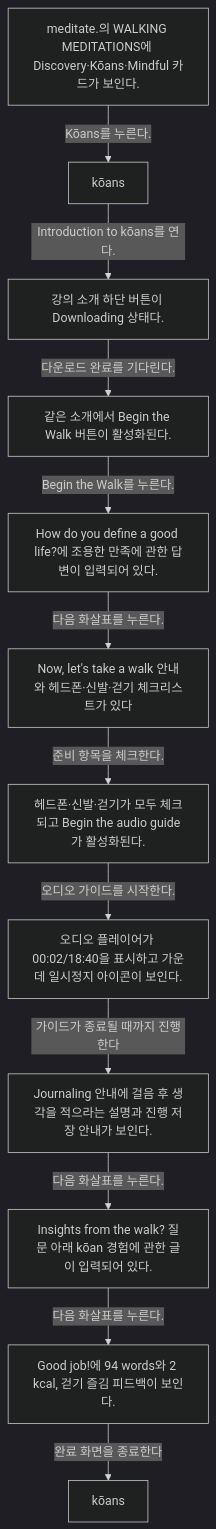
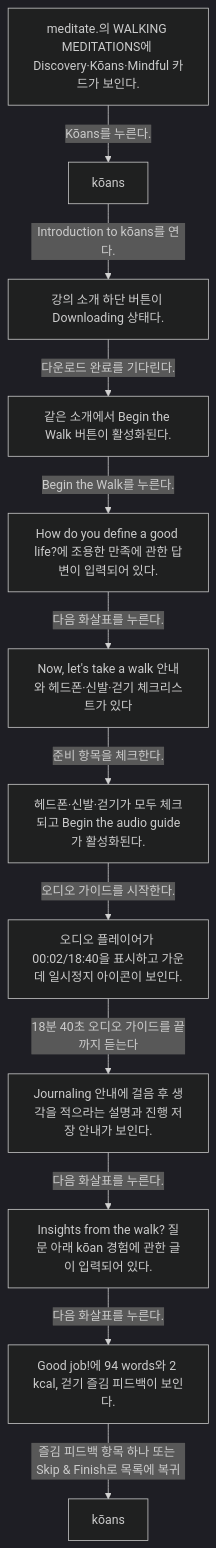
One commit to Dev-Corgi/Stoic-Build-Clone-Test changed the diagram in docs/Stoic/flows/completing-an-exercise-walking-meditation-from-meditate-39c34c63/README.md. Above: the diagram before and after it, drawn with Mermaid (dark theme). The commit also changed other lines of this file and 23 other files, not shown here.

Commit message:
docs: verify Stoic flows with user-confirmed transitions

````diff
--- a/docs/Stoic/flows/completing-an-exercise-walking-meditation-from-meditate-39c34c63/README.md
+++ b/docs/Stoic/flows/completing-an-exercise-walking-meditation-from-meditate-39c34c63/README.md
@@ -8,26 +8,26 @@
 ```mermaid
 flowchart TD
   S1["meditate.의 WALKING MEDITATIONS에 Discovery·Kōans·Mindful 카드가 보인다."]
   S1 -->|Kōans를 누른다.| S2
   S2["kōans"]
   S2 -->|Introduction to kōans를 연다.| S3
   S3["강의 소개 하단 버튼이 Downloading 상태다."]
   S3 -->|다운로드 완료를 기다린다.| S4
   S4["같은 소개에서 Begin the Walk 버튼이 활성화된다."]
   S4 -->|Begin the Walk를 누른다.| S5
   S5["How do you define a good life?에 조용한 만족에 관한 답변이 입력되어 있다."]
   S5 -->|다음 화살표를 누른다.| S6
   S6["Now, let's take a walk 안내와 헤드폰·신발·걷기 체크리스트가 있다"]
   S6 -->|준비 항목을 체크한다.| S7
   S7["헤드폰·신발·걷기가 모두 체크되고 Begin the audio guide가 활성화된다."]
   S7 -->|오디오 가이드를 시작한다.| S8
   S8["오디오 플레이어가 00:02/18:40을 표시하고 가운데 일시정지 아이콘이 보인다."]
-  S8 -->|가이드가 종료될 때까지 진행한다| S9
+  S8 -->|18분 40초 오디오 가이드를 끝까지 듣는다| S9
   S9["Journaling 안내에 걸음 후 생각을 적으라는 설명과 진행 저장 안내가 보인다."]
   S9 -->|다음 화살표를 누른다.| S10
   S10["Insights from the walk? 질문 아래 kōan 경험에 관한 글이 입력되어 있다."]
   S10 -->|다음 화살표를 누른다.| S11
   S11["Good job!에 94 words와 2 kcal, 걷기 즐김 피드백이 보인다."]
-  S11 -->|완료 화면을 종료한다| S12
+  S11 -->|즐김 피드백 항목 하나 또는 Skip & Finish로 목록에 복귀| S12
   S12["kōans"]
 ```
````
